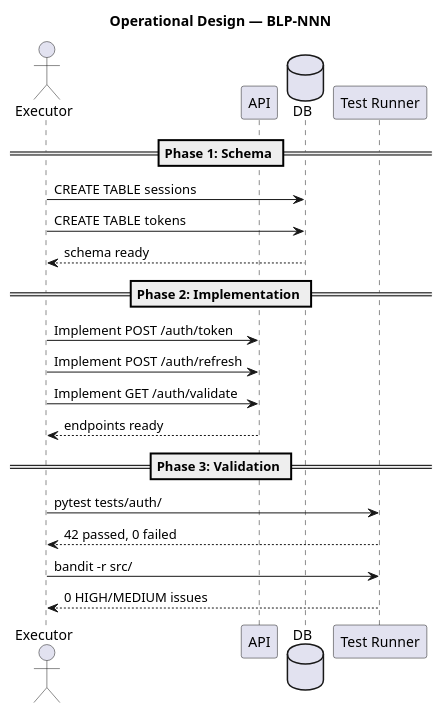
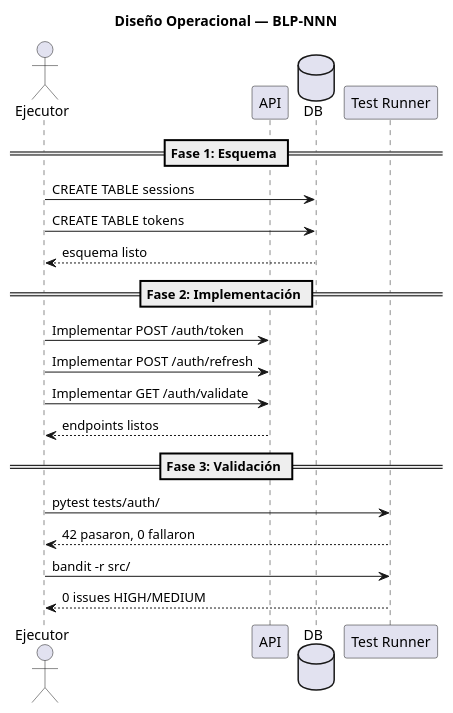
The third of 3 diagrams in src/arqux/templates/BLP_TEMPLATE.md (FidelErnesto03/arqux), drawn with PlantUML before and after one commit. The commit also changed other lines of this file and 4 other files, not shown here.

````diff
--- a/src/arqux/templates/BLP_TEMPLATE.md
+++ b/src/arqux/templates/BLP_TEMPLATE.md
@@ -148,33 +147,33 @@
 ```puml
 @startuml
-title Operational Design — BLP-NNN
-' REQUIRED: Sequence diagram showing execution phases.
-' Each phase has clear inputs, actions, and expected outputs.
-' The agent follows this as an unambiguous execution plan.
+title Diseño Operacional — BLP-NNN
+' REQUERIDO: Diagrama de secuencia mostrando las fases de ejecución.
+' Cada fase tiene entradas, acciones y salidas esperadas claras.
+' El agente sigue esto como un plan de ejecución inequívoco.
 
-actor "Executor" as E
+actor "Ejecutor" as E
 participant "API" as API
 database "DB" as DB
 participant "Test Runner" as TR
 
-== Phase 1: Schema ==
+== Fase 1: Esquema ==
 E -> DB: CREATE TABLE sessions
 E -> DB: CREATE TABLE tokens
-DB --> E: schema ready
+DB --> E: esquema listo
 
-== Phase 2: Implementation ==
-E -> API: Implement POST /auth/token
-E -> API: Implement POST /auth/refresh
-E -> API: Implement GET /auth/validate
-API --> E: endpoints ready
+== Fase 2: Implementación ==
+E -> API: Implementar POST /auth/token
+E -> API: Implementar POST /auth/refresh
+E -> API: Implementar GET /auth/validate
+API --> E: endpoints listos
 
-== Phase 3: Validation ==
+== Fase 3: Validación ==
 E -> TR: pytest tests/auth/
-TR --> E: 42 passed, 0 failed
+TR --> E: 42 pasaron, 0 fallaron
 E -> TR: bandit -r src/
-TR --> E: 0 HIGH/MEDIUM issues
+TR --> E: 0 issues HIGH/MEDIUM
 
-' Every step must be unambiguous.
-' The agent does NOT guess — it follows exactly what is drawn.
+' Cada paso debe ser inequívoco.
+' El agente NO adivina — sigue exactamente lo que está dibujado.
 @enduml
 ```
````
